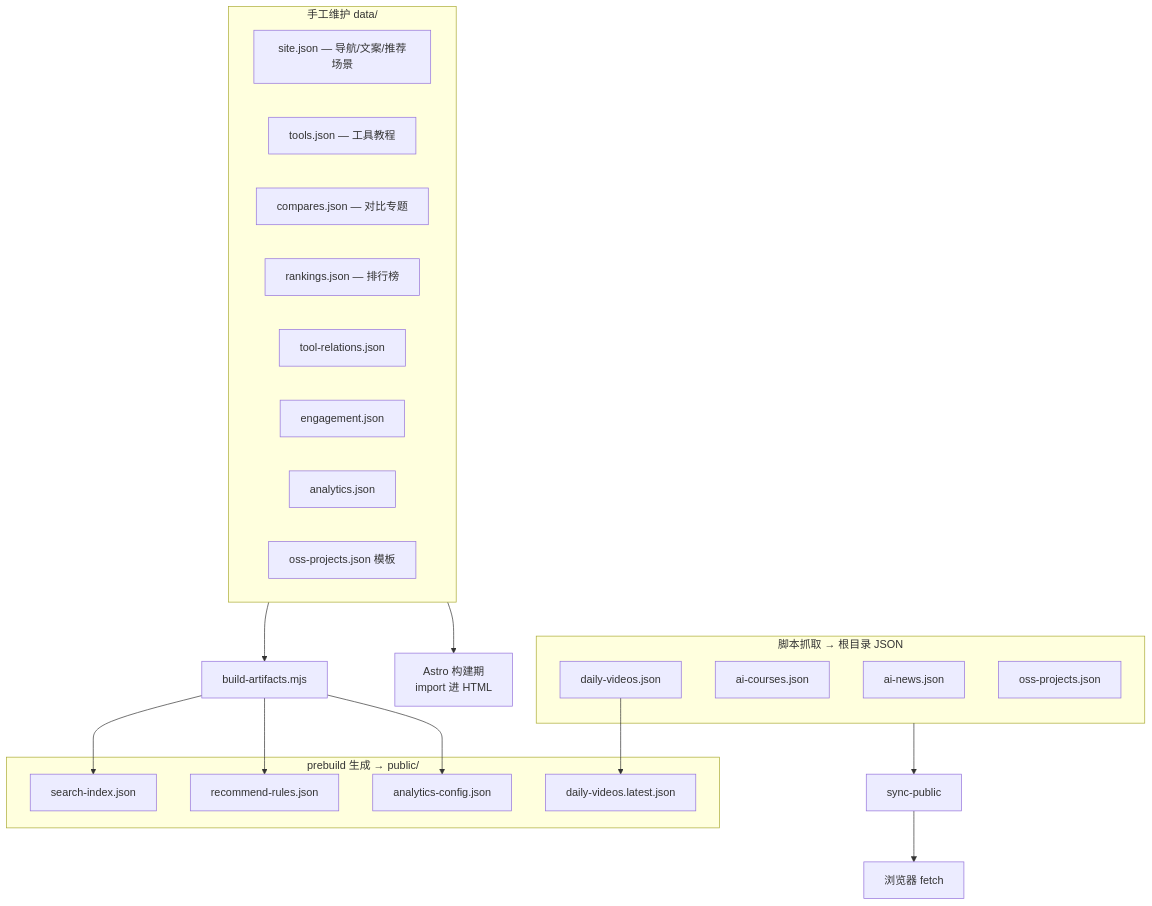
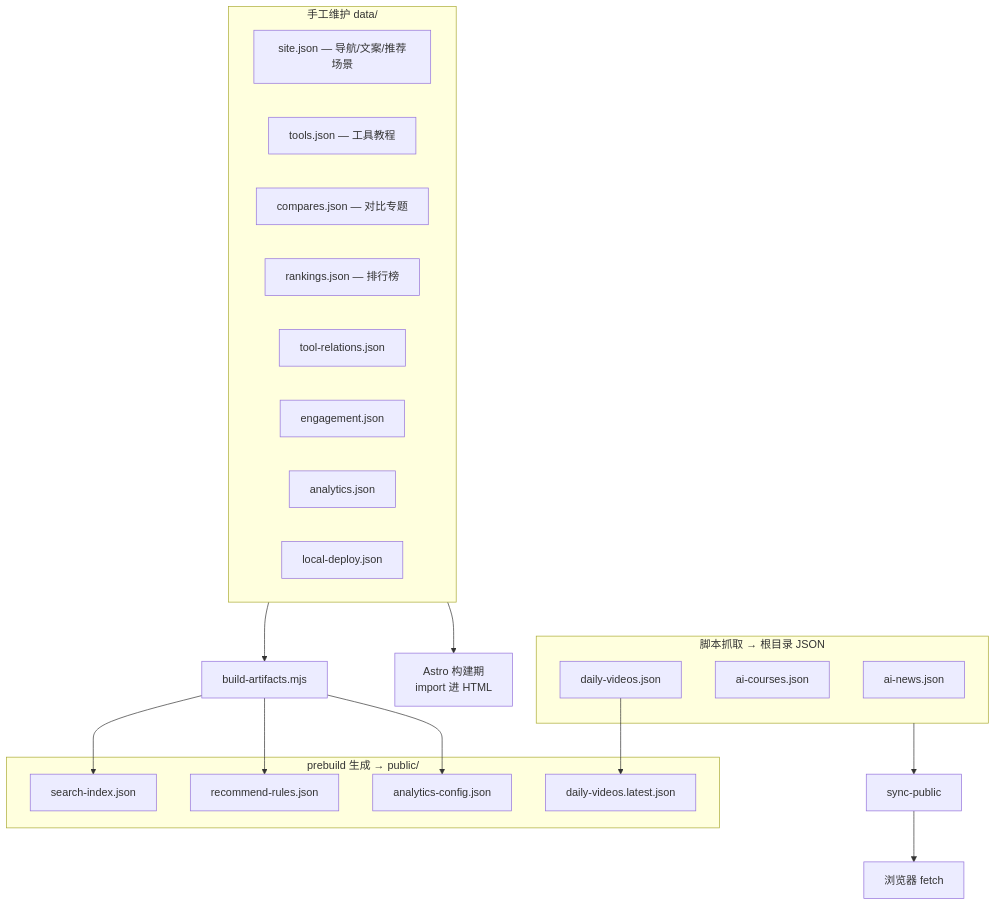
One commit to bio-apple/ai changed the fourth of 8 diagrams in docs/ARCHITECTURE.md. Above: the diagram before and after it, drawn with Mermaid. The commit also changed other lines of this file and 47 other files, not shown here.

````diff
--- a/docs/ARCHITECTURE.md
+++ b/docs/ARCHITECTURE.md
@@ -134,36 +134,35 @@
 ```mermaid
 flowchart TB
   subgraph manual["手工维护 data/"]
     site["site.json — 导航/文案/推荐场景"]
     tools["tools.json — 工具教程"]
     compares["compares.json — 对比专题"]
     rankings["rankings.json — 排行榜"]
     rel["tool-relations.json"]
     eng["engagement.json"]
     ana["analytics.json"]
-    oss_d["oss-projects.json 模板"]
+    local_d["local-deploy.json"]
   end
 
   subgraph fetched["脚本抓取 → 根目录 JSON"]
     news["ai-news.json"]
     courses["ai-courses.json"]
     videos["daily-videos.json"]
-    oss["oss-projects.json"]
   end
 
   subgraph generated["prebuild 生成 → public/"]
     search["search-index.json"]
     recommend["recommend-rules.json"]
     analytics["analytics-config.json"]
     slim["daily-videos.latest.json"]
   end
 
   manual --> ASTRO_BUILD["Astro 构建期<br/>import 进 HTML"]
   fetched --> SYNC["sync-public"]
   manual --> ARTIFACTS["build-artifacts.mjs"]
   SYNC --> CLIENT["浏览器 fetch"]
   ARTIFACTS --> search
   ARTIFACTS --> recommend
   ARTIFACTS --> analytics
   videos --> slim
 ```
````
